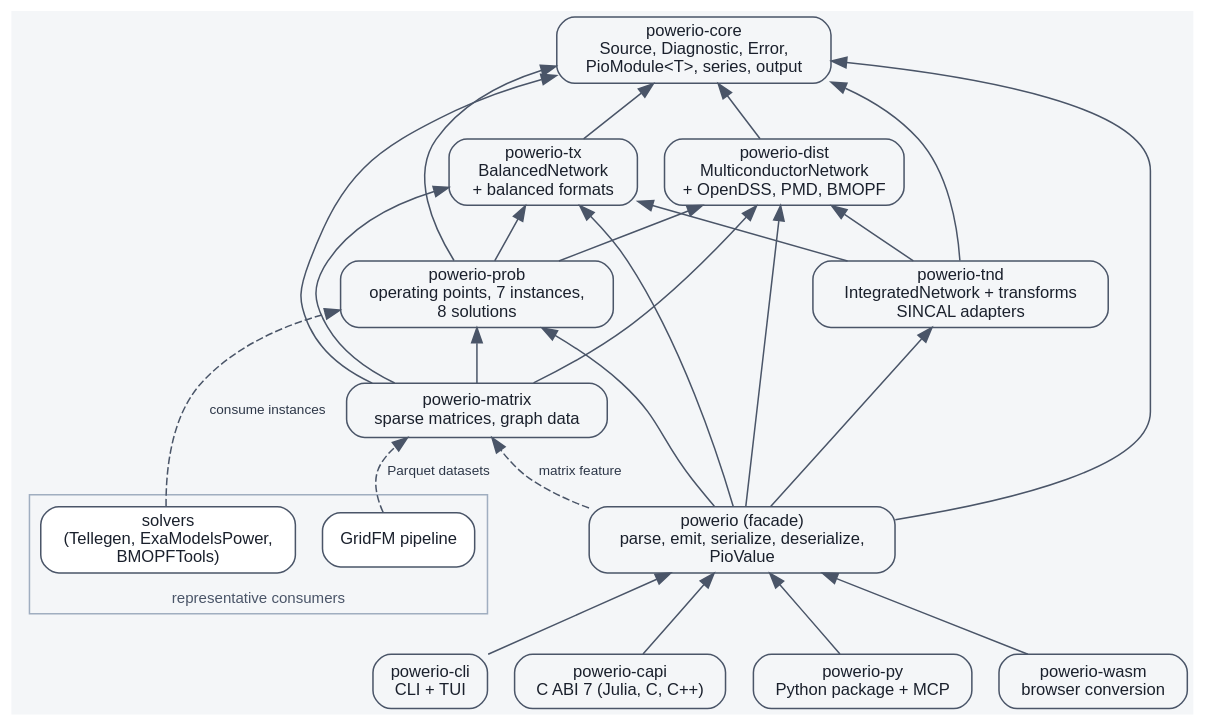
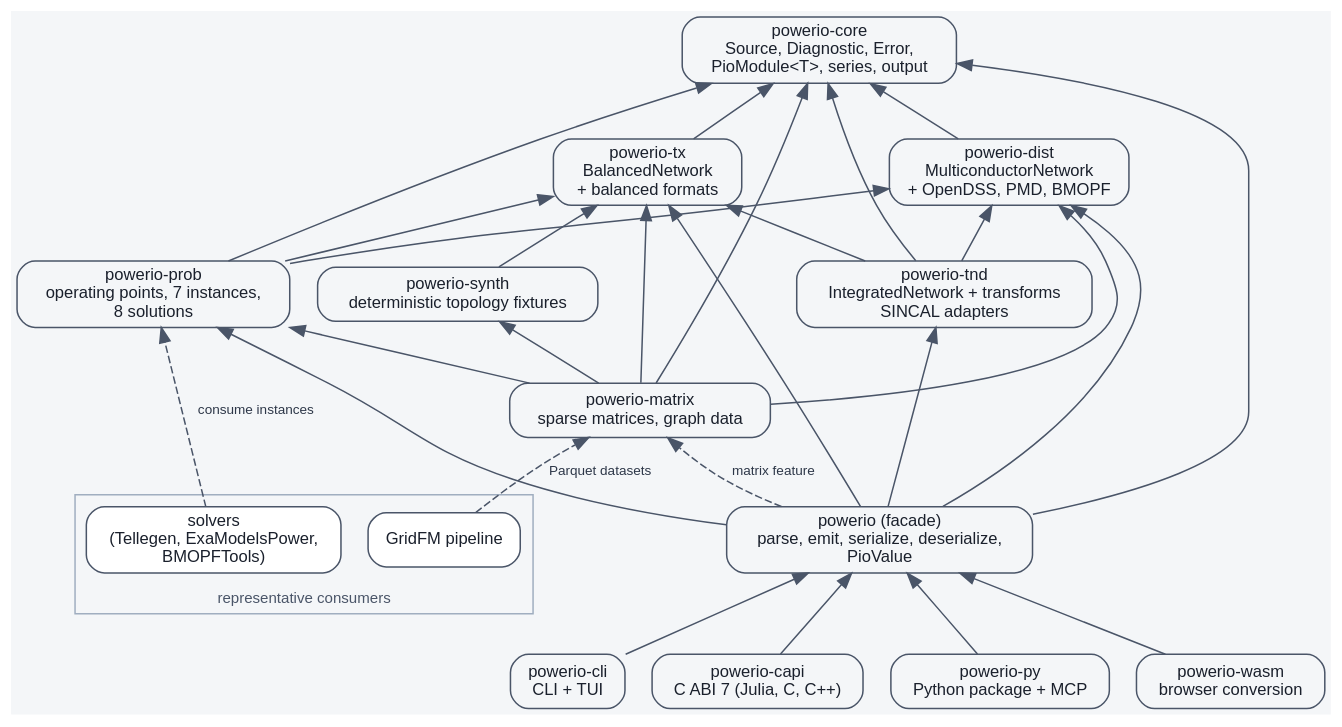
The diagram in docs/diagrams/architecture.dot (BurhanAbdullah/powerio), drawn with Graphviz before and after one commit. The commit also changed 31 other files, not shown here.

```diff
--- a/docs/diagrams/architecture.dot
+++ b/docs/diagrams/architecture.dot
@@ -1,63 +1,66 @@
 // The primary architecture map: components, dependency direction, and the
 // two network families. Edges read "depends on" unless labeled. Checked
 // against cargo metadata by scripts/check-architecture-map.py; the committed
 // SVG is generated by the same script. Node ids that name crates must match
 // workspace member names exactly.
 digraph powerio_architecture {
     rankdir = BT;
     bgcolor = "#f4f6f8";
     node [shape = box, style = "rounded,filled", fillcolor = "#f4f6f8",
           color = "#4a5568", fontname = "Helvetica", fontsize = 11,
           fontcolor = "#1a202c"];
     edge [color = "#4a5568", fontname = "Helvetica", fontsize = 9,
           fontcolor = "#2d3748"];
 
     subgraph cluster_consumers {
         label = "representative consumers";
         fontname = "Helvetica"; fontsize = 10; color = "#a0aec0"; fontcolor = "#4a5568";
         solvers [label = "solvers\n(Tellegen, ExaModelsPower,\nBMOPFTools)", fillcolor = "#ffffff"];
         gridfm_ml [label = "GridFM pipeline", fillcolor = "#ffffff"];
     }
 
     "powerio-cli" [label = "powerio-cli\nCLI + TUI"];
     "powerio-capi" [label = "powerio-capi\nC ABI 7 (Julia, C, C++)"];
     "powerio-py" [label = "powerio-py\nPython package + MCP"];
     "powerio-wasm" [label = "powerio-wasm\nbrowser conversion"];
 
     powerio [label = "powerio (facade)\nparse, emit, serialize, deserialize,\nPioValue"];
 
     "powerio-matrix" [label = "powerio-matrix\nsparse matrices, graph data"];
+    "powerio-synth" [label = "powerio-synth\ndeterministic topology fixtures"];
     "powerio-prob" [label = "powerio-prob\noperating points, 7 instances,\n8 solutions"];
 
     "powerio-tx" [label = "powerio-tx\nBalancedNetwork\n+ balanced formats"];
     "powerio-dist" [label = "powerio-dist\nMulticonductorNetwork\n+ OpenDSS, PMD, BMOPF"];
 
     "powerio-core" [label = "powerio-core\nSource, Diagnostic, Error,\nPioModule<T>, series, output"];
     "powerio-tnd" [label = "powerio-tnd\nIntegratedNetwork + transforms\nSINCAL adapters"];
 
+    "powerio-synth" -> "powerio-tx";
     "powerio-tx" -> "powerio-core";
     "powerio-tnd" -> "powerio-tx";
     "powerio-tnd" -> "powerio-dist";
     "powerio-dist" -> "powerio-core";
     "powerio-tnd" -> "powerio-core";
     "powerio-prob" -> "powerio-core";
     "powerio-prob" -> "powerio-tx";
     "powerio-prob" -> "powerio-dist";
     "powerio-matrix" -> "powerio-core";
     "powerio-matrix" -> "powerio-tx";
     "powerio-matrix" -> "powerio-dist";
     "powerio-matrix" -> "powerio-prob";
+    "powerio-matrix" -> "powerio-synth";
     powerio -> "powerio-core";
     powerio -> "powerio-tnd";
     powerio -> "powerio-tx";
     powerio -> "powerio-dist";
     powerio -> "powerio-prob";
     powerio -> "powerio-matrix" [label = "matrix feature", style = dashed];
     "powerio-cli" -> powerio;
     "powerio-capi" -> powerio;
     "powerio-py" -> powerio;
     "powerio-wasm" -> powerio;
 
     solvers -> "powerio-prob" [label = "consume instances", style = dashed];
     gridfm_ml -> "powerio-matrix" [label = "Parquet datasets", style = dashed];
 }
```
